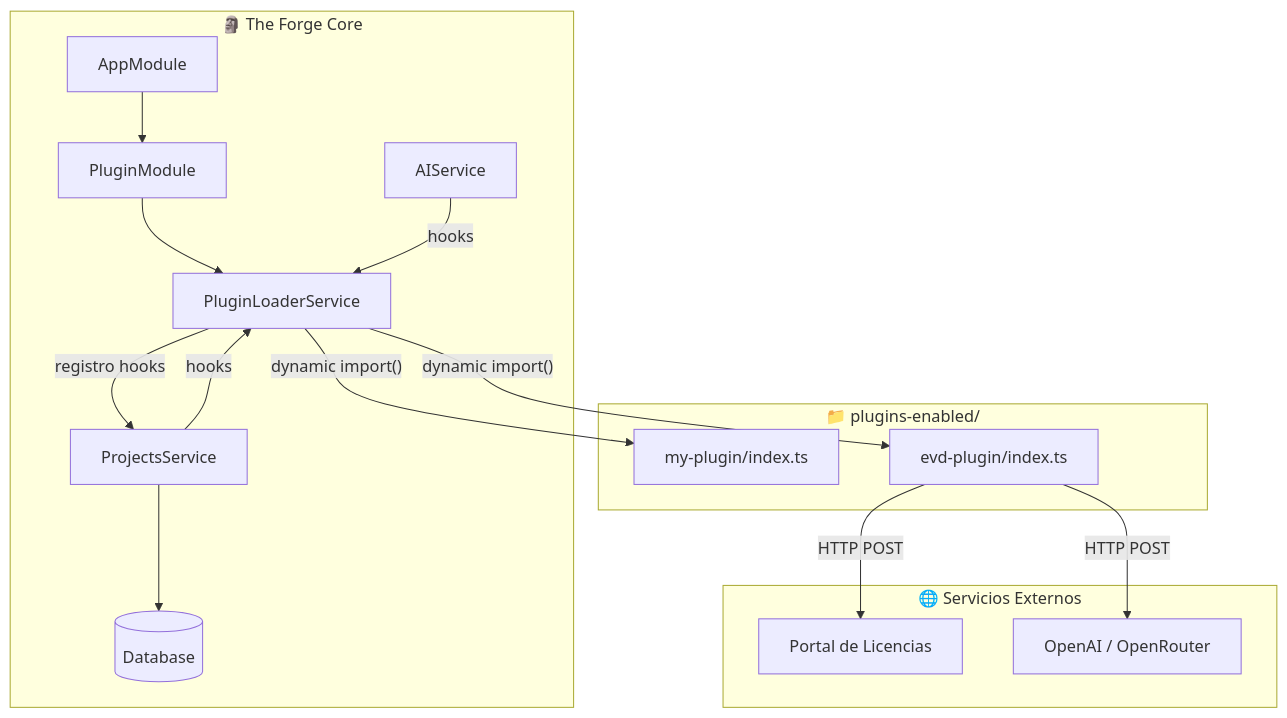
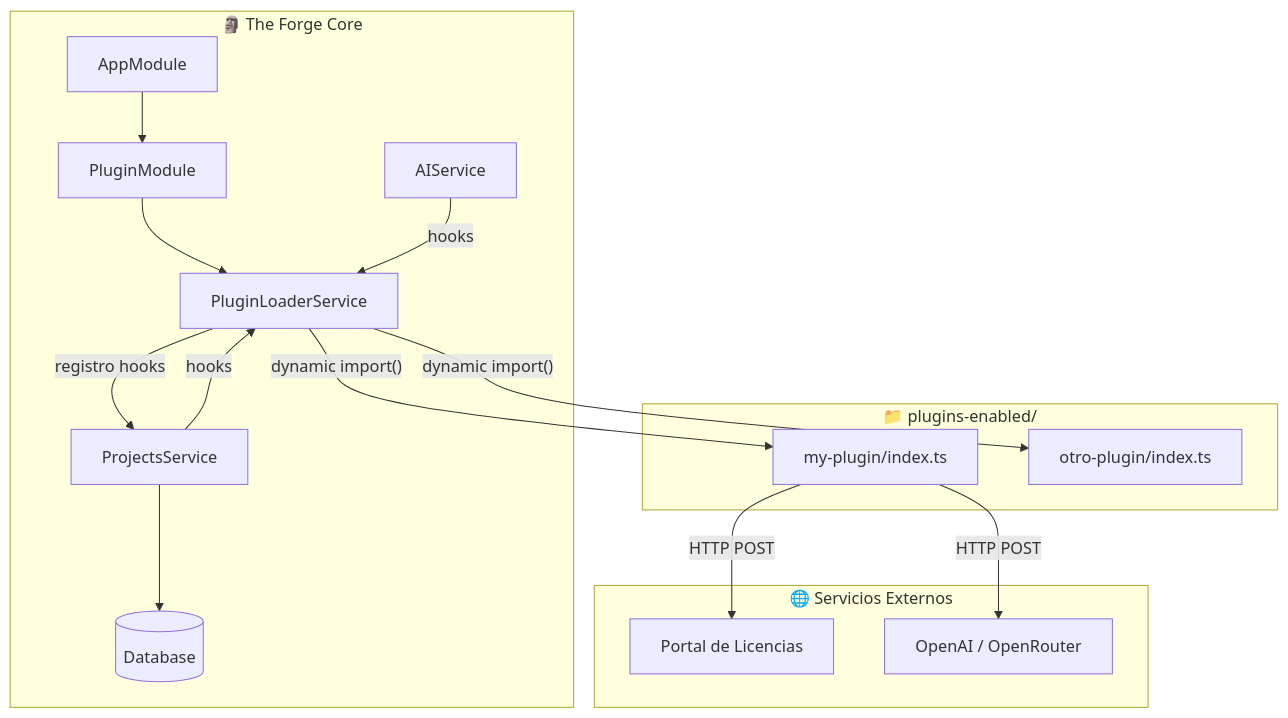
One commit to kreodevs/theforge changed the first of 2 diagrams in docs/PLUGINS.md. Above: the diagram before and after it, drawn with Mermaid. The commit also changed other lines of this file, not shown here.

First line of the commit message:
docs(plugins): remove all EVD references, make fully generic

````diff
--- a/docs/PLUGINS.md
+++ b/docs/PLUGINS.md
@@ -53,32 +53,32 @@
 ```mermaid
 flowchart TB
     subgraph Core["🗿 The Forge Core"]
         AppModule["AppModule"]
         PluginModule["PluginModule"]
         PL["PluginLoaderService"]
         PS["ProjectsService"]
         AI["AIService"]
         DB[("Database")]
     end
 
     subgraph PluginDir["📁 plugins-enabled/"]
         P1["my-plugin/index.ts"]
-        P2["evd-plugin/index.ts"]
+        P2["otro-plugin/index.ts"]
     end
 
     subgraph External["🌐 Servicios Externos"]
         License["Portal de Licencias"]
         AIProvider["OpenAI / OpenRouter"]
     end
 
     AppModule --> PluginModule
     PluginModule --> PL
     PL -->|"dynamic import()"| P1
     PL -->|"dynamic import()"| P2
     PS -->|hooks| PL
     AI -->|hooks| PL
-    P2 -->|HTTP POST| License
-    P2 -->|HTTP POST| AIProvider
+    P1 -->|HTTP POST| License
+    P1 -->|HTTP POST| AIProvider
     PS --> DB
     PL -->|registro hooks| PS
 ```
````
